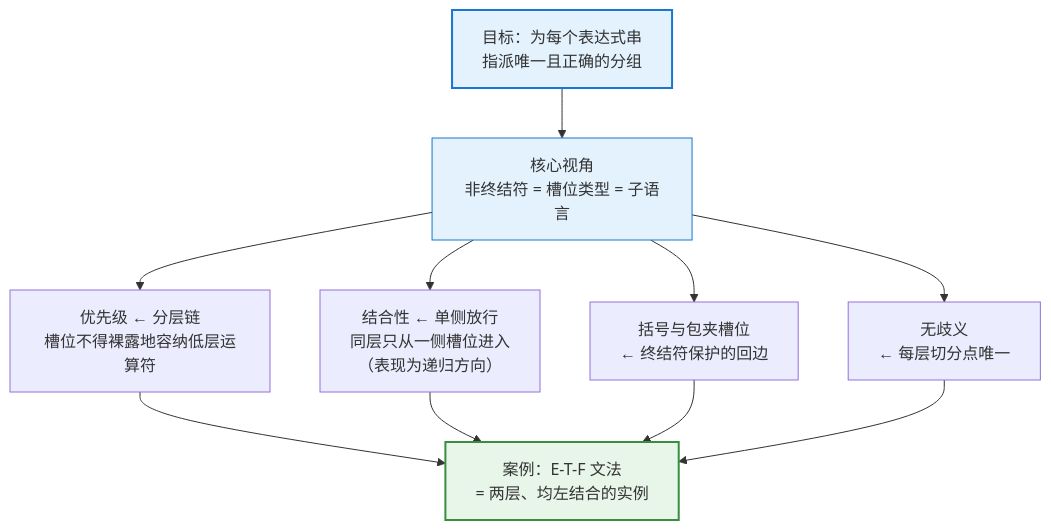
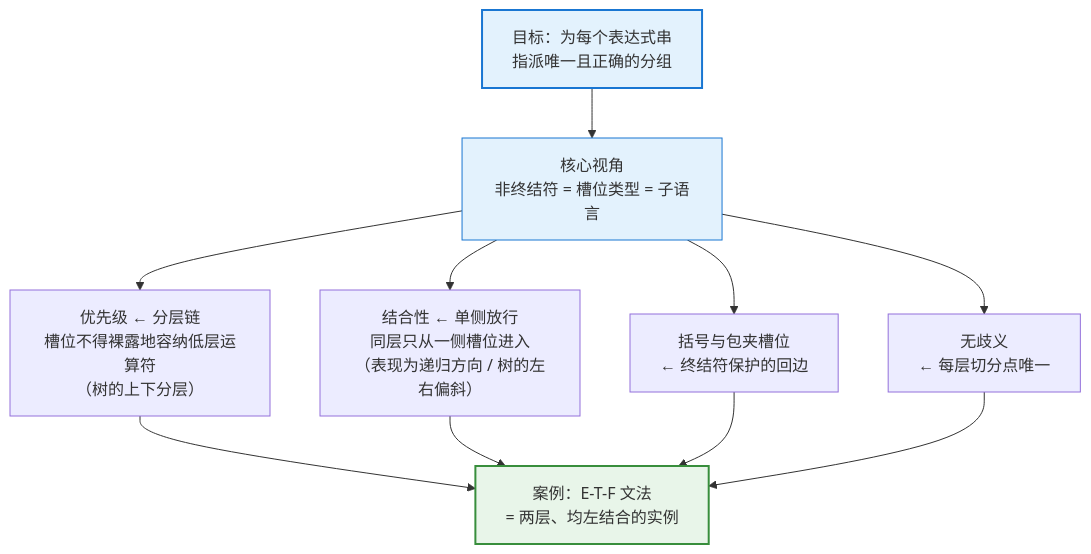
The tenth of 10 diagrams in docs/front-end/gramars/context-free-grammar/associativity-and-precedence/index.md (dengking/compiler-principle), drawn with Mermaid before and after one commit. The commit also changed other lines of this file and 5 other files, not shown here.

````diff
--- a/docs/front-end/gramars/context-free-grammar/associativity-and-precedence/index.md
+++ b/docs/front-end/gramars/context-free-grammar/associativity-and-precedence/index.md
@@ -463,14 +606,14 @@
 ```mermaid
 flowchart TD
     Q["目标：为每个表达式串<br/>指派唯一且正确的分组"]
     Q --> K["核心视角<br/>非终结符 = 槽位类型 = 子语言"]
-    K --> M1["优先级 ← 分层链<br/>槽位不得裸露地容纳低层运算符"]
-    K --> M2["结合性 ← 单侧放行<br/>同层只从一侧槽位进入<br/>（表现为递归方向）"]
+    K --> M1["优先级 ← 分层链<br/>槽位不得裸露地容纳低层运算符<br/>（树的上下分层）"]
+    K --> M2["结合性 ← 单侧放行<br/>同层只从一侧槽位进入<br/>（表现为递归方向 / 树的左右偏斜）"]
     K --> M3["括号与包夹槽位<br/>← 终结符保护的回边"]
     K --> M4["无歧义<br/>← 每层切分点唯一"]
     M1 & M2 & M3 & M4 --> C["案例：E-T-F 文法<br/>= 两层、均左结合的实例"]
 
     style Q fill:#e3f2fd,stroke:#1976d2,stroke-width:2px
     style K fill:#e3f2fd,stroke:#1976d2
     style C fill:#e8f5e9,stroke:#388e3c,stroke-width:2px
 ```
````
